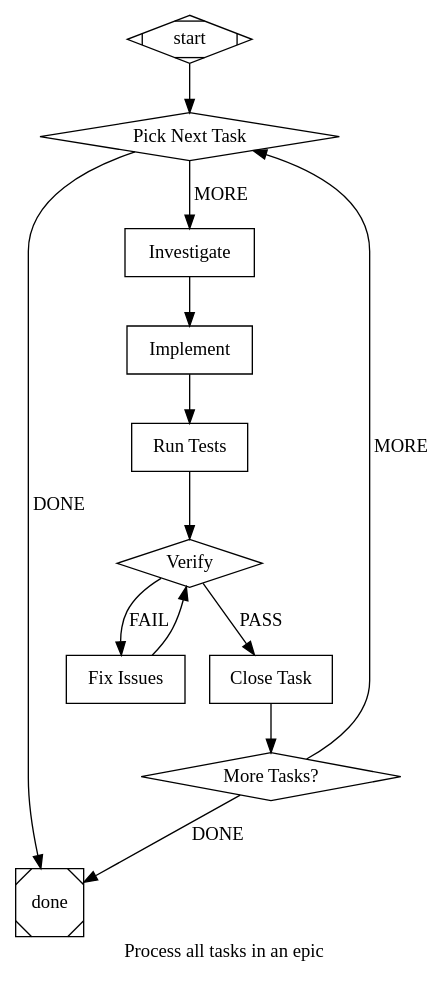
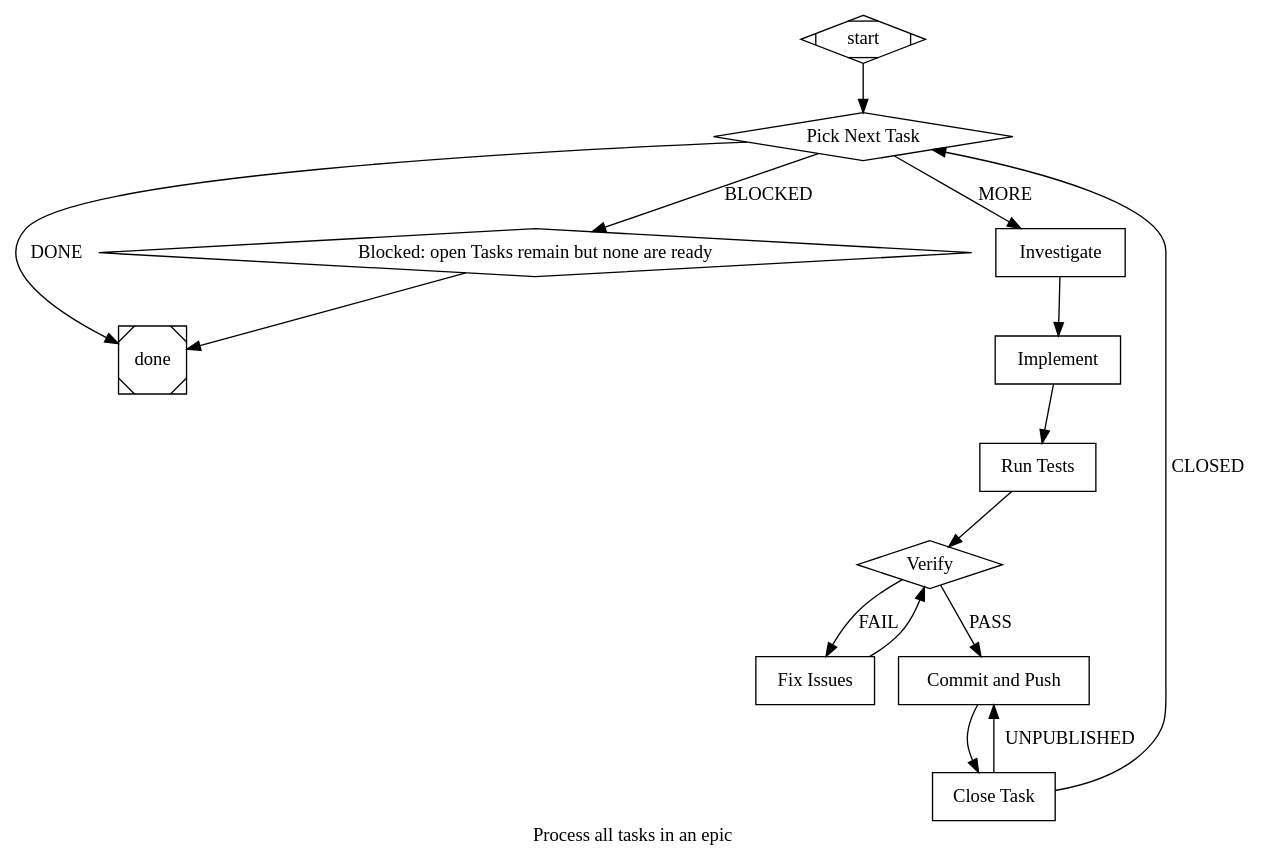
One commit to citadelgrad/pascals-discrete-attractor changed the diagram in templates/epic-runner.dot. Above: the diagram before and after it, drawn with Graphviz. The commit also changed 6 other files, not shown here.

First line of the commit message:
feat(cli): epic-runner template uses beads handlers; add scaffold --json (attractor-ino.18)

```diff
--- a/templates/epic-runner.dot
+++ b/templates/epic-runner.dot
@@ -1,155 +1,140 @@
 digraph EpicRunner {
     label="Process all tasks in an epic"
     goal="Implement all child tasks of epic EPIC_ID, closing each as completed."
     model="sonnet"
 
     start [shape="Mdiamond"]
     done  [shape="Msquare"]
 
     // --- Pick the next task ---
+    // PAS claims the next ready child Task through Beads, writes
+    // .pas/current_task.md, and routes MORE / DONE / BLOCKED.
     pick_task [
         shape="diamond"
+        type="beads.select"
         label="Pick Next Task"
-        node_type="conditional"
-        llm_provider="claude"
-        llm_model="haiku"
-        timeout="120s"
-        allowed_tools="Bash(bd:*)"
-        prompt="Run: bd show EPIC_ID
-Look at the BLOCKS section to see child tasks.
+        epic="EPIC_ID"
+    ]
 
-Then run: bd ready
-Find the first ready (unblocked, open) child task of epic EPIC_ID.
-
-If you find one:
-- Run: bd update <task-id> --status=in_progress
-- Write the task ID and full description to .pas/current_task.md
-- Respond with MORE on the last line
-
-If all child tasks are closed (no more ready tasks for this epic):
-- Respond with DONE on the last line"
+    // Open Tasks remain but none are ready. pick_task already recorded
+    // TaskSelectionBlocked, so the Run ends without another Model Invocation.
+    blocked [
+        shape="diamond"
+        label="Blocked: open Tasks remain but none are ready"
     ]
 
     // --- Investigate ---
     investigate [
         shape="box"
         label="Investigate"
         llm_provider="claude"
         timeout="900s"
-        allowed_tools="Read,Grep,Glob,Bash(bd:*)"
-        prompt="Read .pas/current_task.md to get the current task ID and description.
-Run bd show <task-id> to get full details.
+        allowed_tools="Read,Grep,Glob"
+        prompt="Read .pas/current_task.md for the current task ID, description, and acceptance criteria.
 
 Investigate the codebase to understand what needs to change:
 - Find the relevant files and functions
 - Understand the current behavior
 - Identify what needs to change
 
 Write your findings to .pas/investigation.md including:
 - Files to modify
 - Current behavior
 - Required changes
 - Any risks or dependencies"
     ]
 
     // --- Implement ---
     implement [
         shape="box"
         label="Implement"
         llm_provider="claude"
         timeout="900s"
         prompt="Read .pas/current_task.md for the task and .pas/investigation.md for the plan.
 Implement the changes described. Follow existing code patterns and conventions.
 Keep changes minimal and focused on the task requirements."
     ]
 
     // --- Test ---
     run_tests [
         shape="box"
         label="Run Tests"
         llm_provider="claude"
         timeout="900s"
         prompt="Read .pas/current_task.md to understand what was changed.
 Run the relevant test suite for the modified code.
 If tests fail, fix the issues and re-run until green.
 Write the test results to .pas/test-results.md"
     ]
 
     // --- Verify ---
     verify [
         shape="diamond"
         label="Verify"
         node_type="conditional"
         llm_provider="claude"
         timeout="300s"
         prompt="Read .pas/current_task.md for the task requirements.
 Check the changes:
 1. Review the git diff
 2. Run the linter on changed files
 3. Verify tests pass (read .pas/test-results.md)
 4. Check that the task's acceptance criteria are met
 
 If everything looks good, respond with PASS on the last line.
 If there are problems, respond with FAIL on the last line."
     ]
 
     fixup [
         shape="box"
         label="Fix Issues"
         llm_provider="claude"
         timeout="900s"
         prompt="Read .pas/current_task.md and .pas/investigation.md for context.
 The verification step found problems. Fix any failing tests, lint errors, or unmet acceptance criteria.
 Re-run tests after fixing."
     ]
 
+    // --- Publish this task's commits (the engine only observes them) ---
+    publish [
+        shape="box"
+        label="Commit and Push"
+        llm_provider="claude"
+        timeout="300s"
+        allowed_tools="Bash(git:*)"
+        prompt="Read .pas/current_task.md to get the task ID.
+1. Stage only the files this task changed (never git add -A)
+2. Commit with a descriptive message referencing the task ID
+3. Run: git pull --rebase
+4. Run: git push
+5. Confirm HEAD is on its upstream branch (git status shows up to date)"
+    ]
+
     // --- Close this task ---
+    // PAS closes the Task only after its Run Commits are on the upstream branch.
     close_task [
         shape="box"
+        type="beads.close"
         label="Close Task"
-        llm_provider="claude"
-        timeout="300s"
-        allowed_tools="Bash(bd:*),Bash(git:*)"
-        prompt="Read .pas/current_task.md to get the task ID.
-1. Stage changes: git add -A
-2. Commit with a descriptive message referencing the task ID
-3. Close the task: bd close <task-id> --reason='Implemented successfully'
-4. Run: bd sync --flush-only"
-    ]
-
-    // --- Check if more tasks remain ---
-    check_remaining [
-        shape="diamond"
-        label="More Tasks?"
-        node_type="conditional"
-        llm_provider="claude"
-        llm_model="haiku"
-        timeout="120s"
-        allowed_tools="Bash(bd:*)"
-        prompt="Run: bd show EPIC_ID
-Look at the BLOCKS section. Count how many child tasks are still open.
-
-Run: bd ready
-Check if any remaining child tasks of this epic are ready (unblocked, open).
-
-If there are more ready tasks, respond with MORE on the last line.
-If all tasks are closed or remaining tasks are blocked, respond with DONE on the last line."
+        require_upstream=true
     ]
 
     // --- Edges ---
     start -> pick_task
 
     pick_task -> investigate [label="MORE", condition="preferred_label=MORE"]
     pick_task -> done        [label="DONE", condition="preferred_label=DONE"]
+    pick_task -> blocked     [label="BLOCKED", condition="preferred_label=BLOCKED"]
+    blocked   -> done
 
     investigate -> implement -> run_tests -> verify
 
-    verify -> close_task [label="PASS", condition="preferred_label=PASS"]
-    verify -> fixup      [label="FAIL", condition="preferred_label=FAIL"]
+    verify -> publish [label="PASS", condition="preferred_label=PASS"]
+    verify -> fixup   [label="FAIL", condition="preferred_label=FAIL"]
     fixup  -> verify
 
-    close_task -> check_remaining
+    publish -> close_task
 
-    check_remaining -> pick_task [label="MORE", condition="preferred_label=MORE", loop_restart=true, reset_quality_loop_state=true]
-    check_remaining -> done      [label="DONE", condition="preferred_label=DONE"]
+    close_task -> pick_task [label="CLOSED", condition="outcome=success", loop_restart=true, reset_quality_loop_state=true]
+    close_task -> publish   [label="UNPUBLISHED", condition="outcome=fail"]
 }
```
